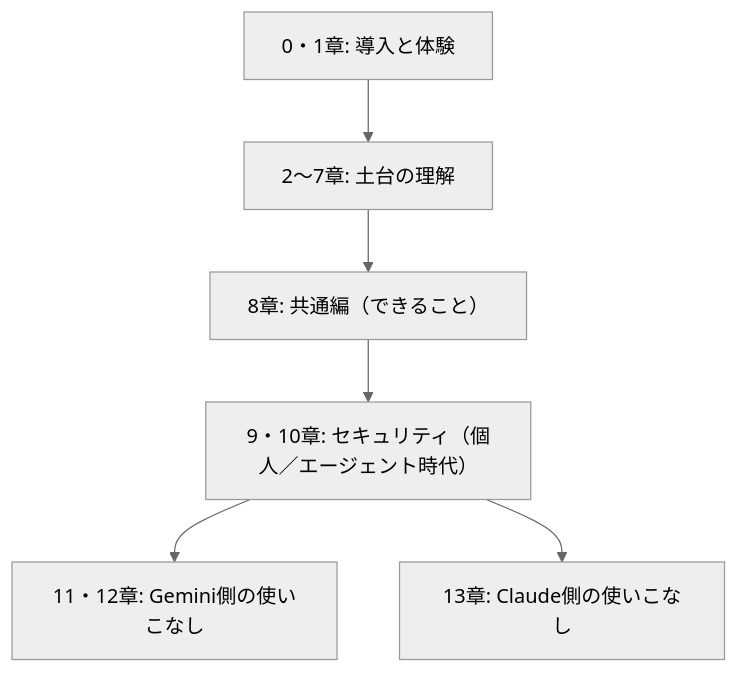
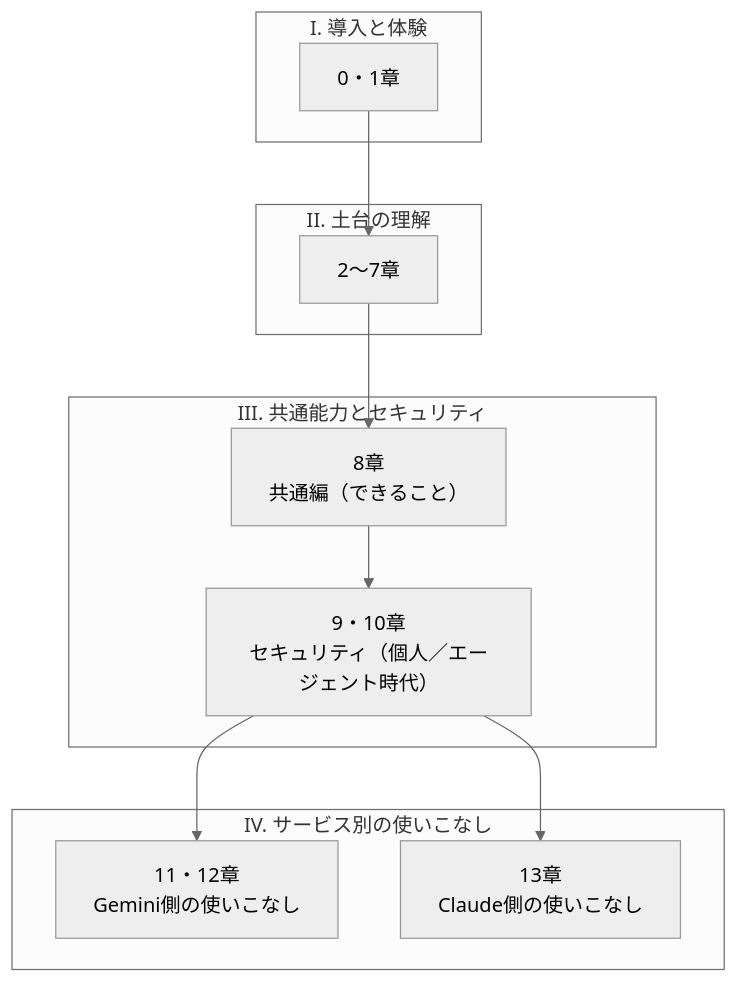
The diagram in docs/00-overview.md (ma2saka/docs-claude-sample), drawn with Mermaid (neutral theme) before and after one commit. The commit also changed other lines of this file, not shown here.

Commit message:
docs: 0章「本ドキュメントの歩き方」アンカー解決とmermaidをI〜IV 4ブロックに揃える (#185)
Issue #184。READMEの `docs/00-overview.md#本ドキュメントの歩き方` リンクが解決するよう、当該H2見出しを「本ドキュメントの歩き方」に整えた。あわせて、本文「4ブロックに分かれます」と直後のmermaid（6ノード）の食い違いを解消するため、subgraphでREADMEのI〜IV 4ブロックを視覚化し、各ブロックに章ノードを内包する形に揃えた。

````diff
--- a/docs/00-overview.md
+++ b/docs/00-overview.md
@@ -40,8 +40,22 @@
 ```mermaid
 flowchart TB
-    A["0・1章: 導入と体験"] --> B["2〜7章: 土台の理解"]
-    B --> C["8章: 共通編（できること）"]
-    C --> F["9・10章: セキュリティ（個人／エージェント時代）"]
-    F --> D["11・12章: Gemini側の使いこなし"]
-    F --> E["13章: Claude側の使いこなし"]
+    subgraph I["I. 導入と体験"]
+        A["0・1章"]
+    end
+    subgraph II["II. 土台の理解"]
+        B["2〜7章"]
+    end
+    subgraph III["III. 共通能力とセキュリティ"]
+        C["8章<br/>共通編（できること）"]
+        F["9・10章<br/>セキュリティ（個人／エージェント時代）"]
+    end
+    subgraph IV["IV. サービス別の使いこなし"]
+        D["11・12章<br/>Gemini側の使いこなし"]
+        E["13章<br/>Claude側の使いこなし"]
+    end
+    A --> B
+    B --> C
+    C --> F
+    F --> D
+    F --> E
 ```
````
